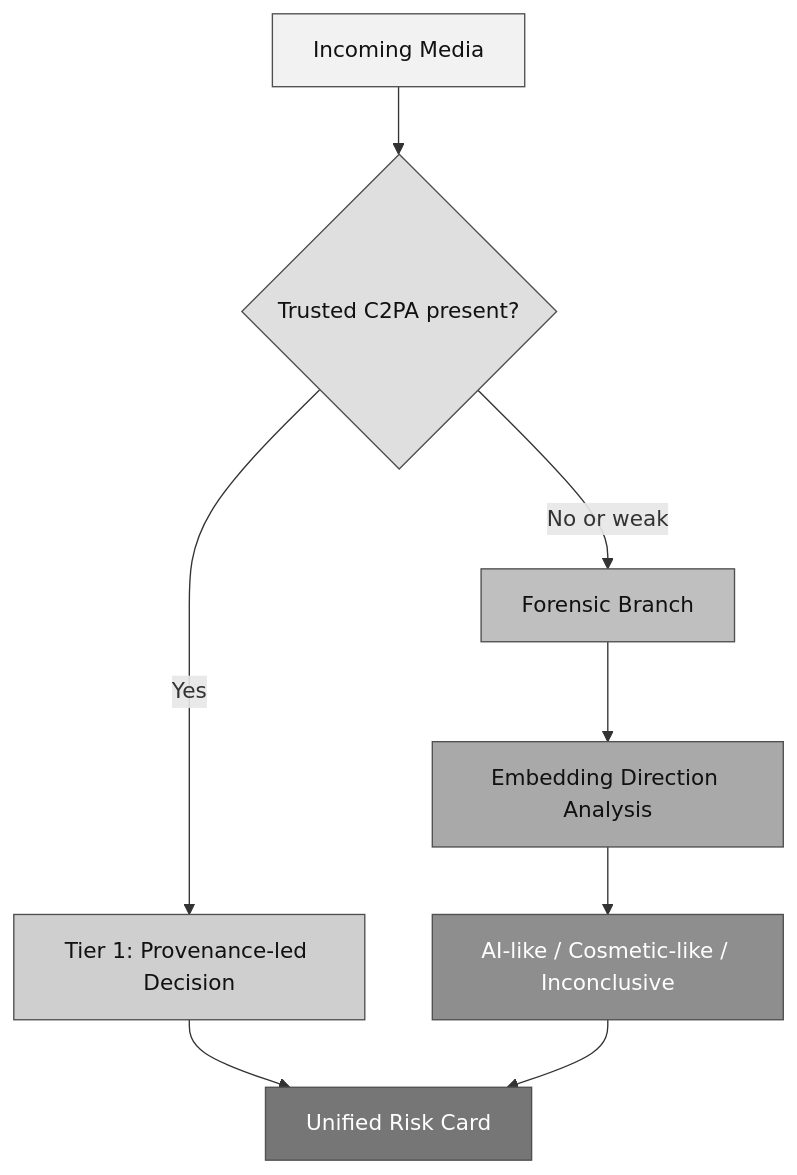
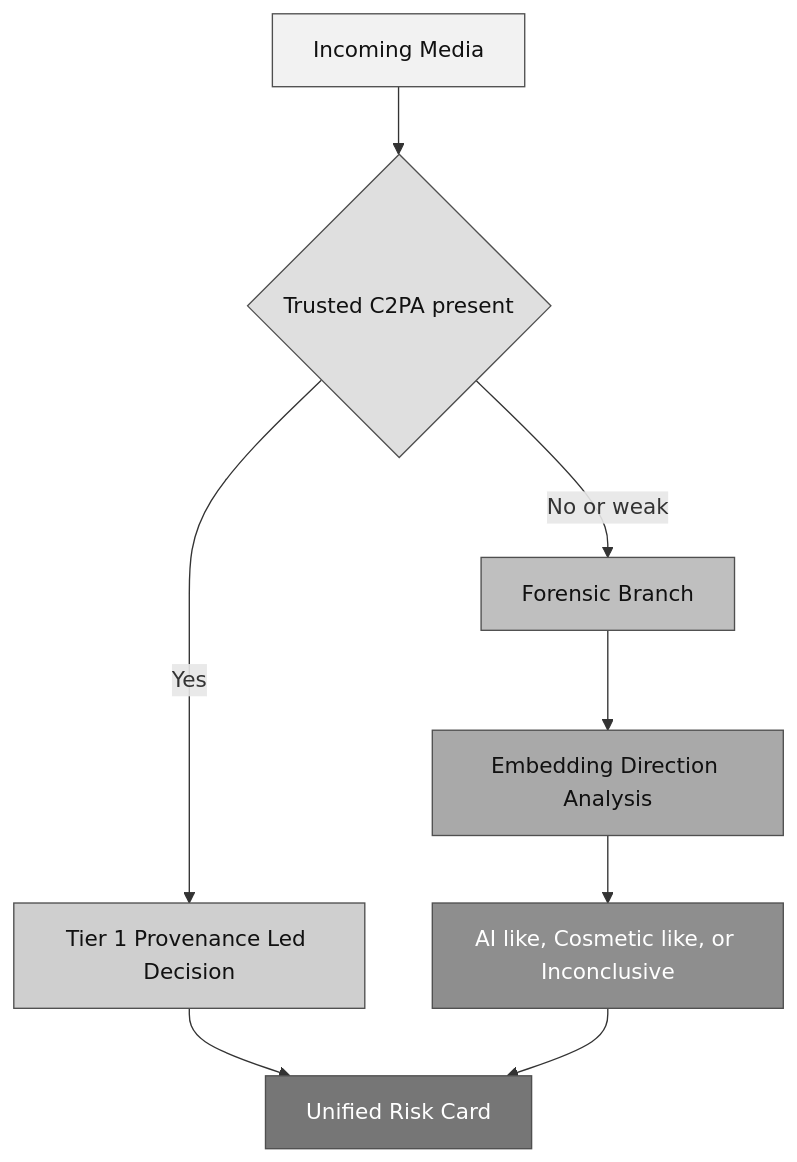
The second of 2 diagrams in Reports/2026-Strategy-Update/Feb/Aura-Embedding-Directions-Feasibility-2026.md (rajin-khan/AURA), drawn with Mermaid before and after one commit. The commit also changed other lines of this file, not shown here.

````diff
--- a/Reports/2026-Strategy-Update/Feb/Aura-Embedding-Directions-Feasibility-2026.md
+++ b/Reports/2026-Strategy-Update/Feb/Aura-Embedding-Directions-Feasibility-2026.md
@@ -210,18 +210,18 @@
 ```mermaid
 flowchart TD
-    A[Incoming Media] --> B{Trusted C2PA present?}
-    B -->|Yes| C[Tier 1: Provenance-led Decision]
+    A[Incoming Media] --> B{Trusted C2PA present}
+    B -->|Yes| C[Tier 1 Provenance Led Decision]
     B -->|No or weak| D[Forensic Branch]
     D --> E[Embedding Direction Analysis]
-    E --> F[AI-like / Cosmetic-like / Inconclusive]
+    E --> F[AI like, Cosmetic like, or Inconclusive]
     C --> G[Unified Risk Card]
     F --> G
 
     style A fill:#f2f2f2,stroke:#4f4f4f,color:#111
     style B fill:#dfdfdf,stroke:#4f4f4f,color:#111
     style C fill:#cfcfcf,stroke:#4f4f4f,color:#111
     style D fill:#bfbfbf,stroke:#4f4f4f,color:#111
     style E fill:#a9a9a9,stroke:#4f4f4f,color:#111
     style F fill:#8e8e8e,stroke:#4f4f4f,color:#fff
     style G fill:#767676,stroke:#4f4f4f,color:#fff
 ```
````
